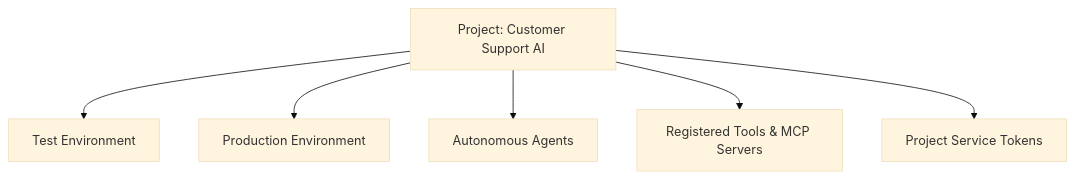
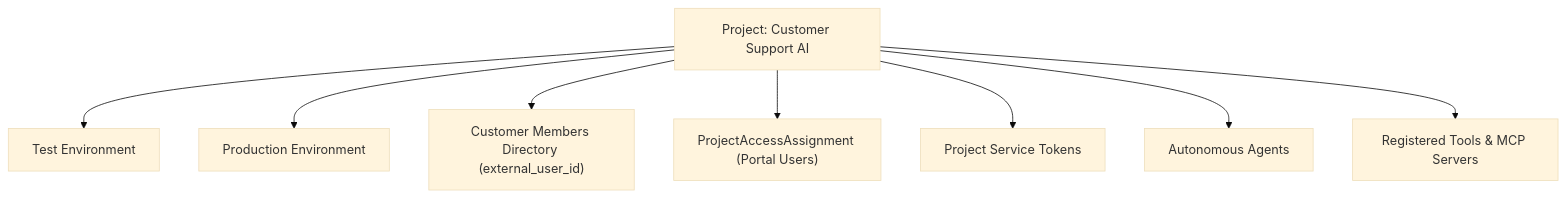
One commit to bhakha-services/naagmani-docs changed the diagram in docs/concepts/projects.md. Above: the diagram before and after it, drawn with Mermaid (base theme). The commit also changed other lines of this file and 18 other files, not shown here.

````diff
--- a/docs/concepts/projects.md
+++ b/docs/concepts/projects.md
@@ -5,9 +5,11 @@
 ```mermaid
 graph TD
     Project["Project: Customer Support AI"]
     Project --> Env1["Test Environment"]
     Project --> Env2["Production Environment"]
+    Project --> CM["Customer Members Directory (external_user_id)"]
+    Project --> Access["ProjectAccessAssignment (Portal Users)"]
+    Project --> ST["Project Service Tokens"]
     Project --> Agents["Autonomous Agents"]
     Project --> Tools["Registered Tools & MCP Servers"]
-    Project --> ST["Project Service Tokens"]
 ```
````
